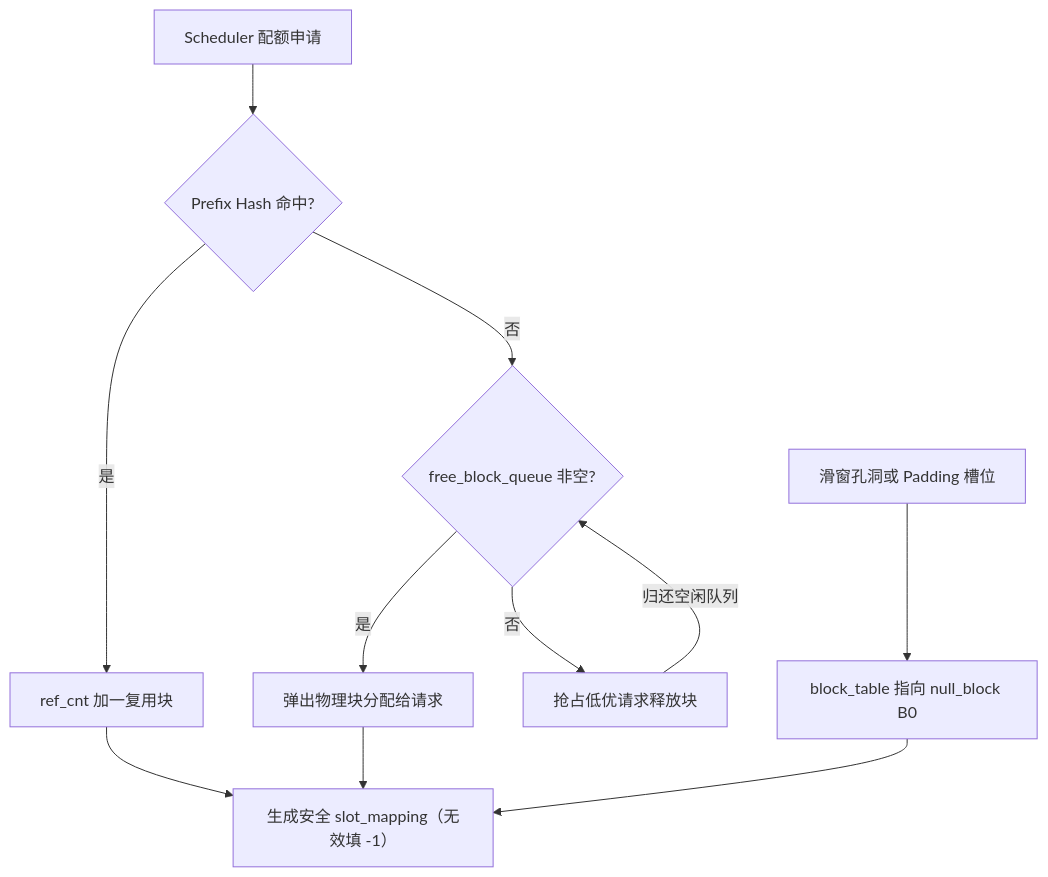
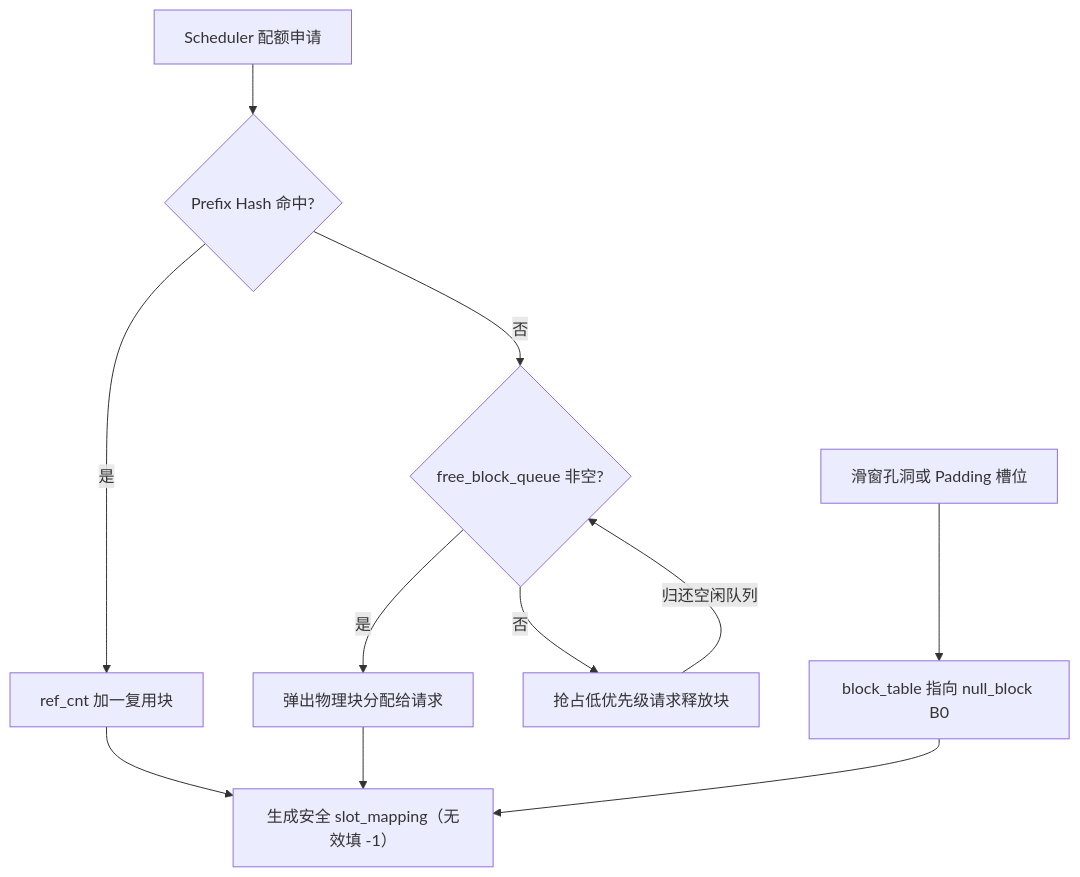
Before and after one commit to xingcanlee/infra-note: the second of 2 diagrams in src/content/posts/vllm/01-paged-attention-and-scheduler/index.mdx, drawn with Mermaid. The commit also changed other lines of this file and 154 other files, not shown here.

````diff
--- a/src/content/posts/vllm/01-paged-attention-and-scheduler/index.mdx
+++ b/src/content/posts/vllm/01-paged-attention-and-scheduler/index.mdx
@@ -91,13 +91,13 @@
 ```mermaid caption="图 3：BlockPool 分配、前缀命中、抢占回收与占位防护流转"
 flowchart TD
     Q["Scheduler 配额申请"] --> H{"Prefix Hash 命中?"}
     H -->|是| R["ref_cnt 加一复用块"]
     H -->|否| F{"free_block_queue 非空?"}
     F -->|是| A["弹出物理块分配给请求"]
-    F -->|否| P["抢占低优请求释放块"]
+    F -->|否| P["抢占低优先级请求释放块"]
     P -->|归还空闲队列| F
     PAD["滑窗孔洞或 Padding 槽位"] --> N["block_table 指向 null_block B0"]
     R --> S["生成安全 slot_mapping（无效填 -1）"]
     A --> S
     N --> S
 ```
````
